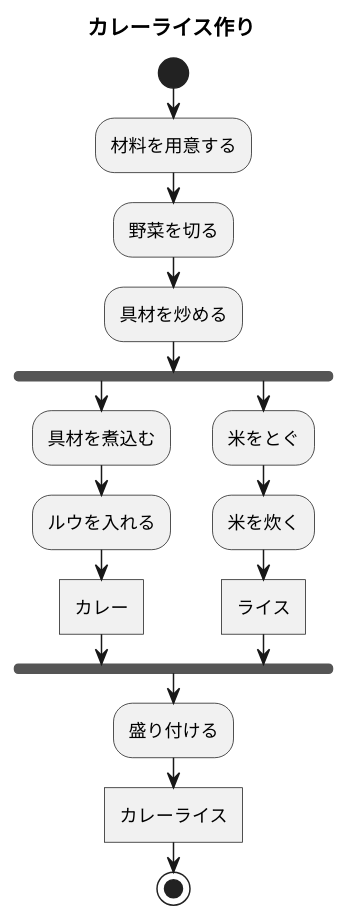
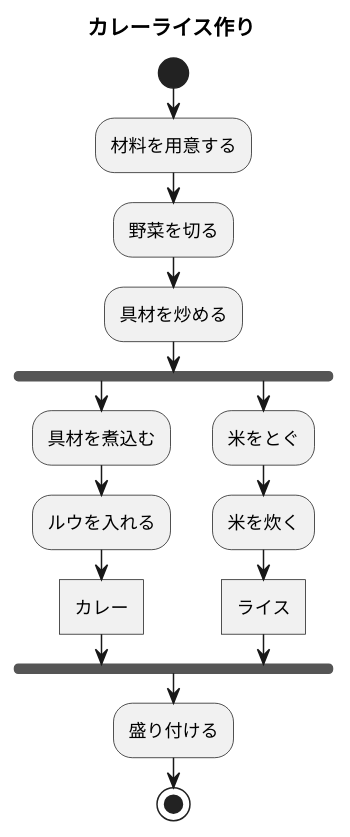
Before and after one commit to yoshiokaharuto/uml-introduction: the diagram in 7章練習_ACカレーライス.pu, drawn with PlantUML.

Commit message:
練習問題の作成

```diff
--- a/7章練習_ACカレーライス.pu
+++ b/7章練習_ACカレーライス.pu
@@ -1,38 +1,37 @@
 @startuml 7章練習_ACカレーライス
 
 
     title カレーライス作り
 
     start
 
     
     :材料を用意する;
         
     :野菜を切る;
 
     :具材を炒める;
 
 
     fork
         :具材を煮込む;
 
         :ルウを入れる;
 
         :カレー]
     fork again
 
         :米をとぐ;
 
         :米を炊く;
 
         :ライス]
     end fork
 
     :盛り付ける;
 
-    :カレーライス]
 
     stop
 
 
 @enduml
```
